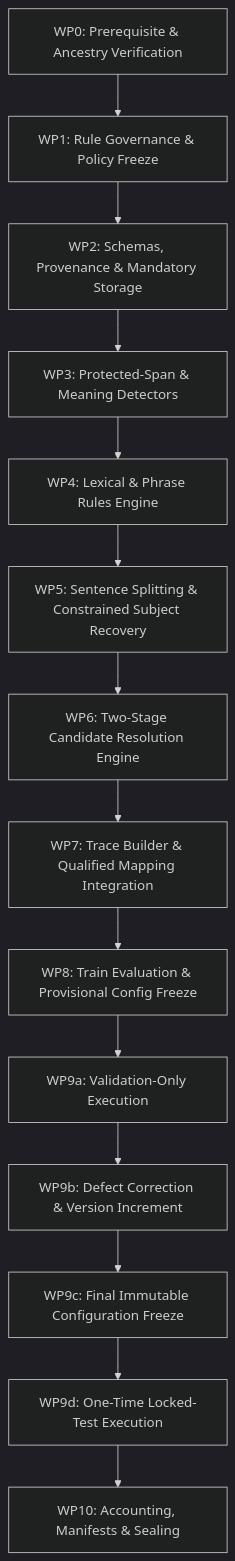
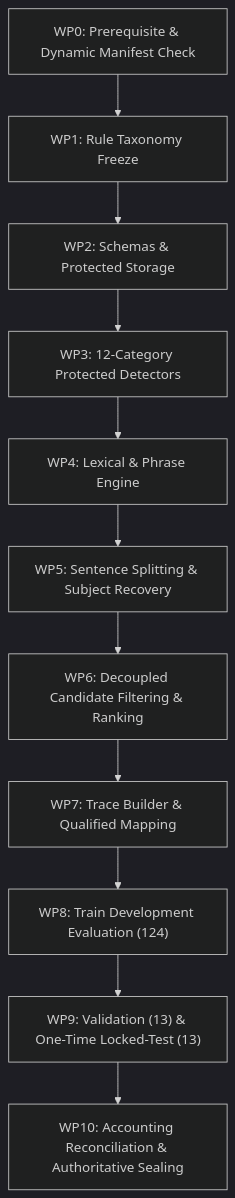
One commit to LasinduDeshan/Language_Simplification_MVP changed the second of 2 diagrams in docs/stage33_implementation_plan.md. Above: the diagram before and after it, drawn with Mermaid (dark theme). The commit also changed other lines of this file and 27 other files, not shown here.

Commit message:
feat(stage33): reconcile multi-partition 150-input accounting, dynamic split manifest evidence, and locked-test execution verification

````diff
--- a/docs/stage33_implementation_plan.md
+++ b/docs/stage33_implementation_plan.md
@@ -641,16 +370,13 @@
 ```mermaid
 flowchart TD
-    WP0["WP0: Prerequisite & Ancestry Verification"] --> WP1["WP1: Rule Governance & Policy Freeze"]
-    WP1 --> WP2["WP2: Schemas, Provenance & Mandatory Storage"]
-    WP2 --> WP3["WP3: Protected-Span & Meaning Detectors"]
-    WP3 --> WP4["WP4: Lexical & Phrase Rules Engine"]
-    WP4 --> WP5["WP5: Sentence Splitting & Constrained Subject Recovery"]
-    WP5 --> WP6["WP6: Two-Stage Candidate Resolution Engine"]
-    WP6 --> WP7["WP7: Trace Builder & Qualified Mapping Integration"]
-    WP7 --> WP8["WP8: Train Evaluation & Provisional Config Freeze"]
-    WP8 --> WP9a["WP9a: Validation-Only Execution"]
-    WP9a --> WP9b["WP9b: Defect Correction & Version Increment"]
-    WP9b --> WP9c["WP9c: Final Immutable Configuration Freeze"]
-    WP9c --> WP9d["WP9d: One-Time Locked-Test Execution"]
-    WP9d --> WP10["WP10: Accounting, Manifests & Sealing"]
+    WP0["WP0: Prerequisite & Dynamic Manifest Check"] --> WP1["WP1: Rule Taxonomy Freeze"]
+    WP1 --> WP2["WP2: Schemas & Protected Storage"]
+    WP2 --> WP3["WP3: 12-Category Protected Detectors"]
+    WP3 --> WP4["WP4: Lexical & Phrase Engine"]
+    WP4 --> WP5["WP5: Sentence Splitting & Subject Recovery"]
+    WP5 --> WP6["WP6: Decoupled Candidate Filtering & Ranking"]
+    WP6 --> WP7["WP7: Trace Builder & Qualified Mapping"]
+    WP7 --> WP8["WP8: Train Development Evaluation (124)"]
+    WP8 --> WP9["WP9: Validation (13) & One-Time Locked-Test (13)"]
+    WP9 --> WP10["WP10: Accounting Reconciliation & Authoritative Sealing"]
 ```
````
